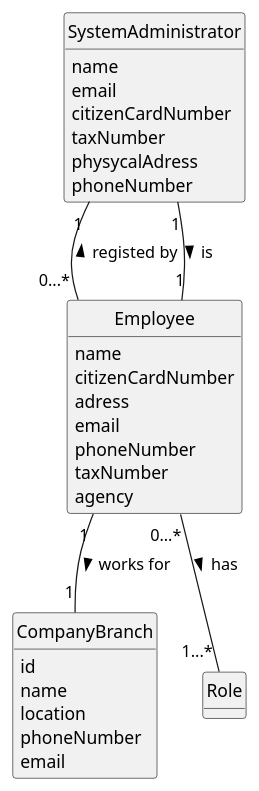
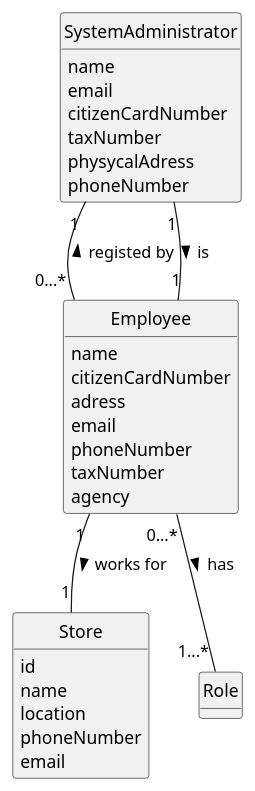
Before and after one commit to 1220812/LAPR2: the diagram in docs/sprintB/us003/02.analysis/puml/us003-domain-model.puml, drawn with PlantUML. The commit also changed 2 other files, not shown here.

```diff
--- a/docs/sprintB/us003/02.analysis/puml/us003-domain-model.puml
+++ b/docs/sprintB/us003/02.analysis/puml/us003-domain-model.puml
@@ -1,47 +1,47 @@
 @startuml
 skinparam monochrome true
 skinparam packageStyle rectangle
 skinparam shadowing false
 'skinparam linetype ortho
 'left to right direction
 skinparam classAttributeIconSize 0
 hide circle
 hide methods
 
 
 class SystemAdministrator{
   name
   email
   citizenCardNumber
   taxNumber
   physycalAdress
   phoneNumber
 }
 
 
 class Employee {
     name
     citizenCardNumber
     adress
     email
     phoneNumber
     taxNumber
     agency
 }
 
-class CompanyBranch{
+class Store{
 id
 name
 location
 phoneNumber
 email
 }
 
 class Role{
 }
 
 SystemAdministrator "1"--"0...*" Employee: registed by <
 SystemAdministrator "1"--"1" Employee: is >
-Employee "1"--"1" CompanyBranch: works for >
+Employee "1"--"1" Store: works for >
 Employee "0...*"--"1...*" Role: has >
 @enduml
```
